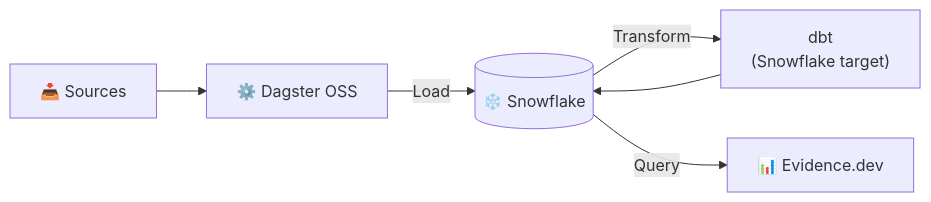
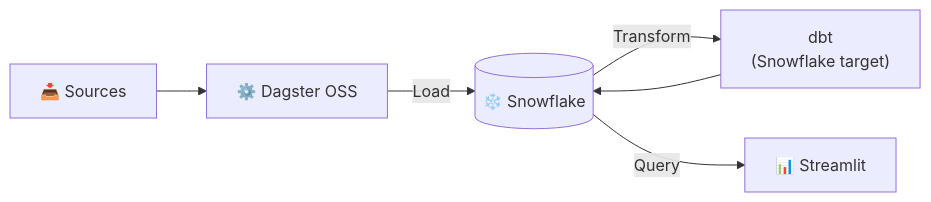
The third of 4 diagrams in README.md (qwermk/National_Tourism_Project), drawn with Mermaid before and after one commit. The commit also changed other lines of this file and 53 other files, not shown here.

````diff
--- a/README.md
+++ b/README.md
@@ -125,8 +133,8 @@
 ```mermaid
 flowchart LR
     Sources["📥 Sources"] --> Dagster["⚙️ Dagster OSS"]
     Dagster -->|Load| SF[("❄️ Snowflake")]
     SF -->|Transform| DBT["dbt\n(Snowflake target)"]
     DBT --> SF
-    SF -->|Query| Evidence["📊 Evidence.dev"]
+    SF -->|Query| Streamlit["📊 Streamlit"]
 ```
````
